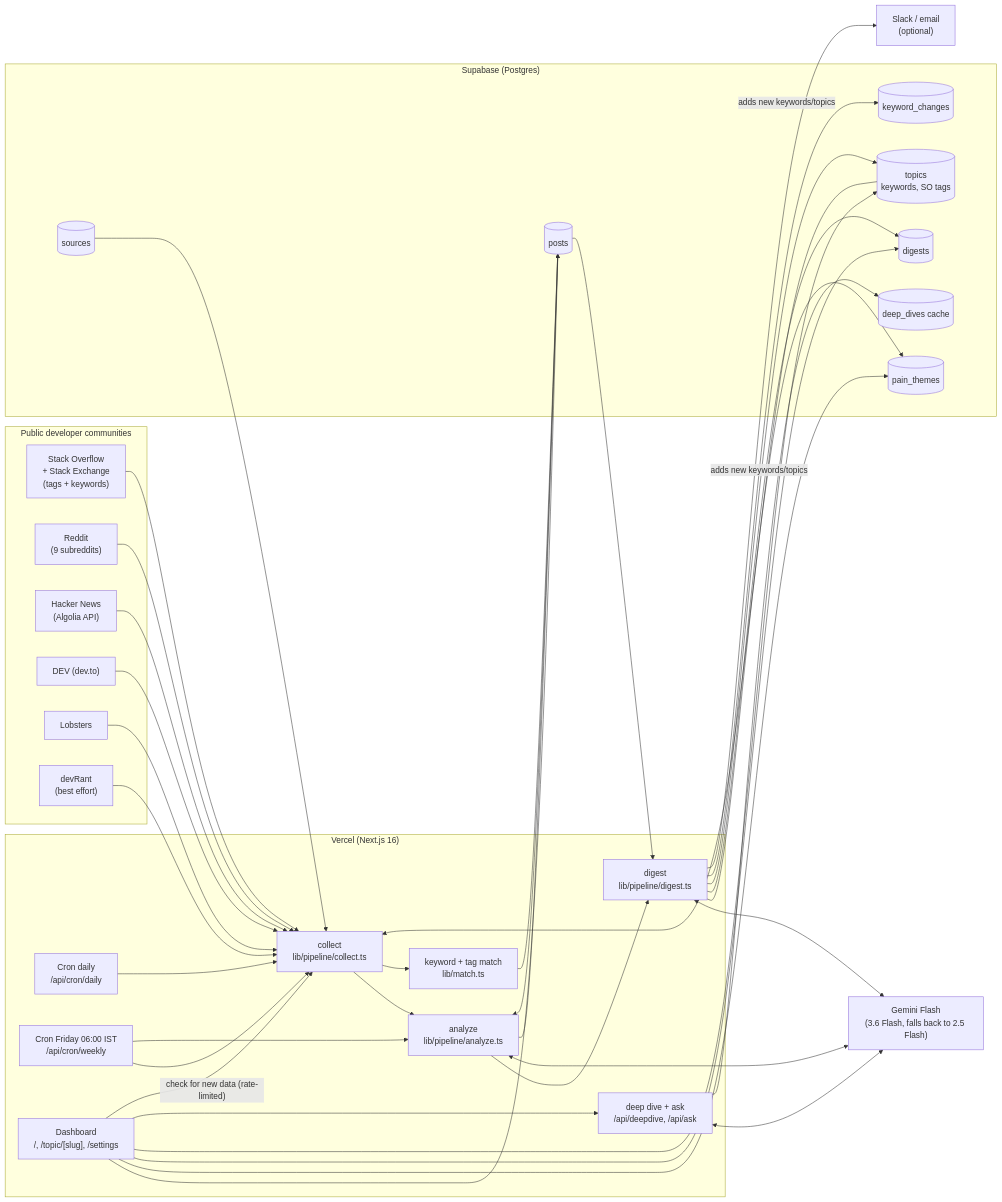
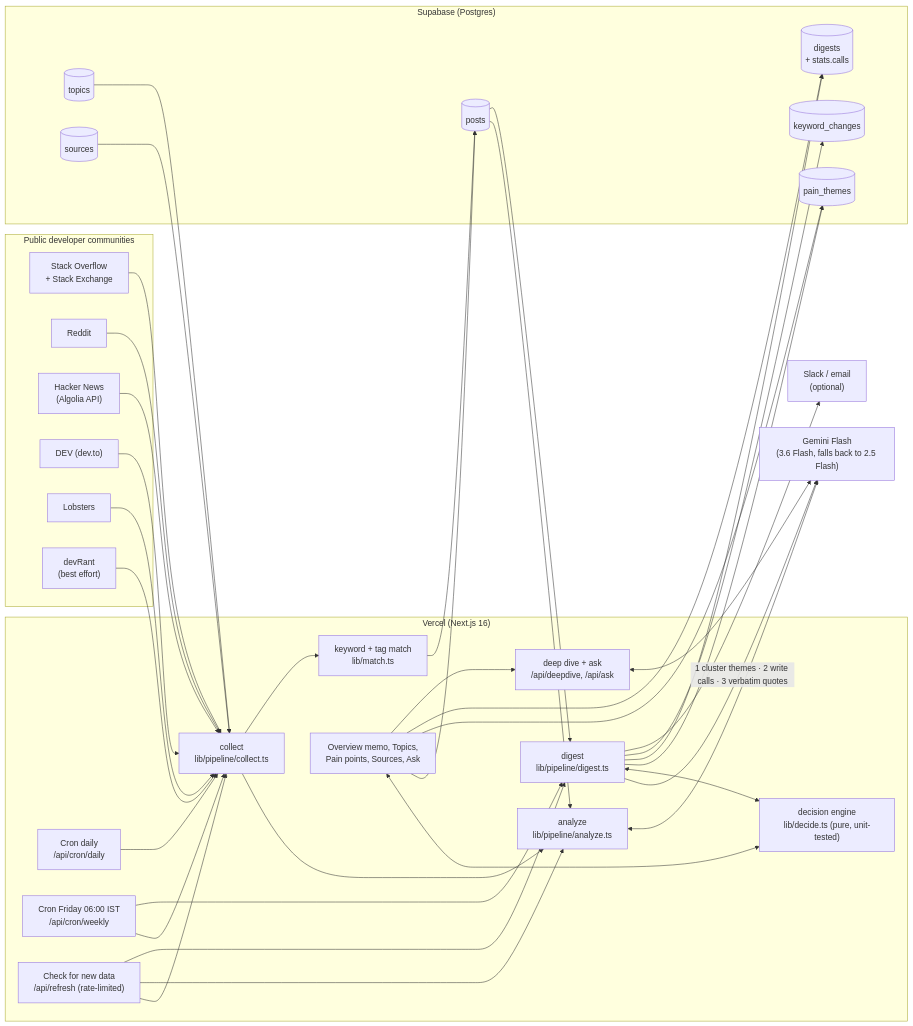
One commit to amitharaog/devcommpulse changed the first of 2 diagrams in COMPONENTS.md. Above: the diagram before and after it, drawn with Mermaid. The commit also changed other lines of this file and 18 other files, not shown here.

````diff
--- a/COMPONENTS.md
+++ b/COMPONENTS.md
@@ -3,52 +5,53 @@
 ```mermaid
 flowchart LR
   subgraph Sources["Public developer communities"]
-    SO["Stack Overflow<br/>+ Stack Exchange<br/>(tags + keywords)"]
-    RD["Reddit<br/>(9 subreddits)"]
+    SO["Stack Overflow<br/>+ Stack Exchange"]
+    RD["Reddit"]
     HN["Hacker News<br/>(Algolia API)"]
     DV["DEV (dev.to)"]
     LB["Lobsters"]
     DR["devRant<br/>(best effort)"]
   end
 
   subgraph Vercel["Vercel (Next.js 16)"]
     CRON1["Cron daily<br/>/api/cron/daily"]
     CRON2["Cron Friday 06:00 IST<br/>/api/cron/weekly"]
+    BTN["Check for new data<br/>/api/refresh (rate-limited)"]
     COL["collect<br/>lib/pipeline/collect.ts"]
     MATCH["keyword + tag match<br/>lib/match.ts"]
     ANA["analyze<br/>lib/pipeline/analyze.ts"]
     DIG["digest<br/>lib/pipeline/digest.ts"]
+    DEC["decision engine<br/>lib/decide.ts (pure, unit-tested)"]
+    UI["Overview memo, Topics,<br/>Pain points, Sources, Ask"]
     DD["deep dive + ask<br/>/api/deepdive, /api/ask"]
-    UI["Dashboard<br/>/, /topic/[slug], /settings"]
   end
 
   GEM["Gemini Flash<br/>(3.6 Flash, falls back to 2.5 Flash)"]
   OUT["Slack / email<br/>(optional)"]
 
   subgraph DB["Supabase (Postgres)"]
-    T[("topics<br/>keywords, SO tags")]
+    T[("topics")]
     S[("sources")]
     P[("posts")]
     PT[("pain_themes")]
-    D[("digests")]
+    D[("digests<br/>+ stats.calls")]
     KC[("keyword_changes")]
-    DDC[("deep_dives cache")]
   end
 
   CRON1 --> COL --> ANA
   CRON2 --> COL
-  CRON2 --> ANA --> DIG
+  CRON2 --> DIG
+  BTN --> COL & ANA & DIG
   SO & RD & HN & DV & LB & DR --> COL
   T & S --> COL
   COL --> MATCH --> P
   P --> ANA <--> GEM
-  ANA --> P
-  P --> DIG <--> GEM
-  DIG --> PT & D
-  DIG -- "adds new keywords/topics" --> T & KC
+  P --> DIG
+  DIG -- "1 cluster themes · 2 write calls · 3 verbatim quotes" --> GEM
+  DIG <--> DEC
+  DIG --> PT & D & KC
   DIG --> OUT
-  UI --> P & PT & D & T
+  UI <--> DEC
+  UI --> P & PT & D
   UI --> DD <--> GEM
-  DD --> DDC
-  UI -- "check for new data (rate-limited)" --> COL
 ```
````
